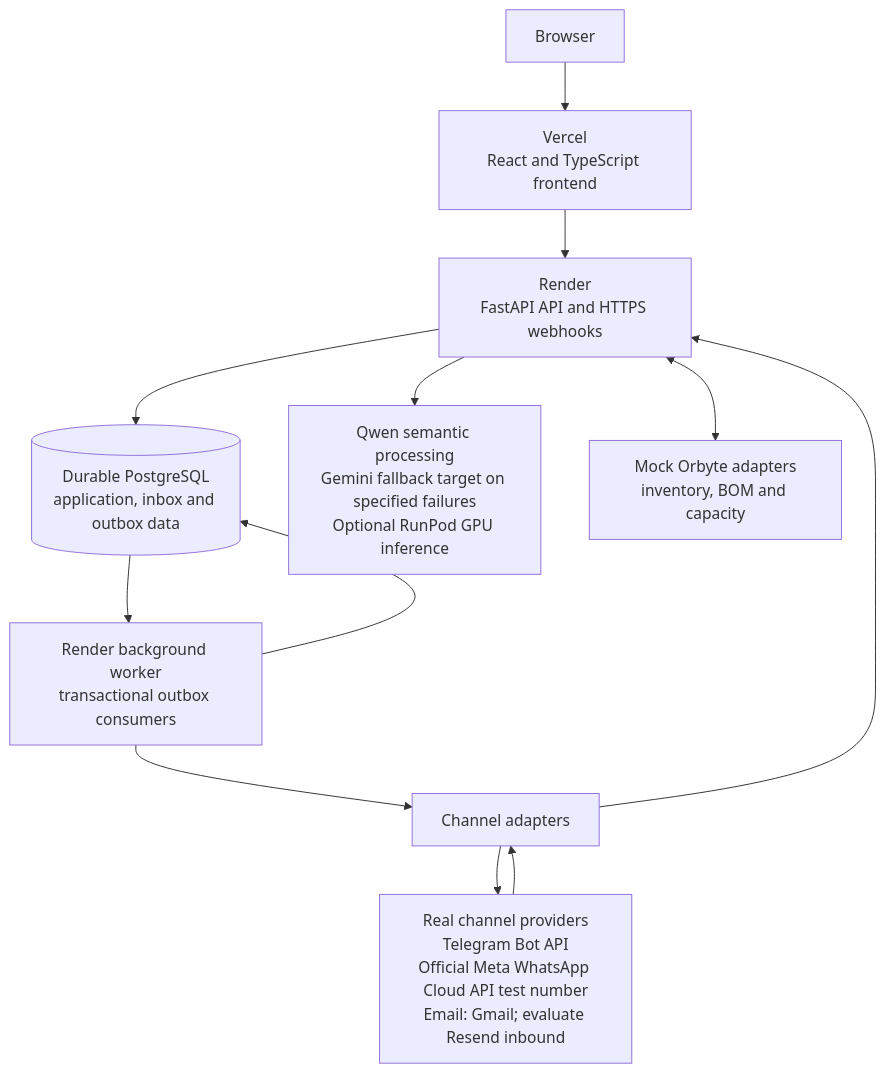
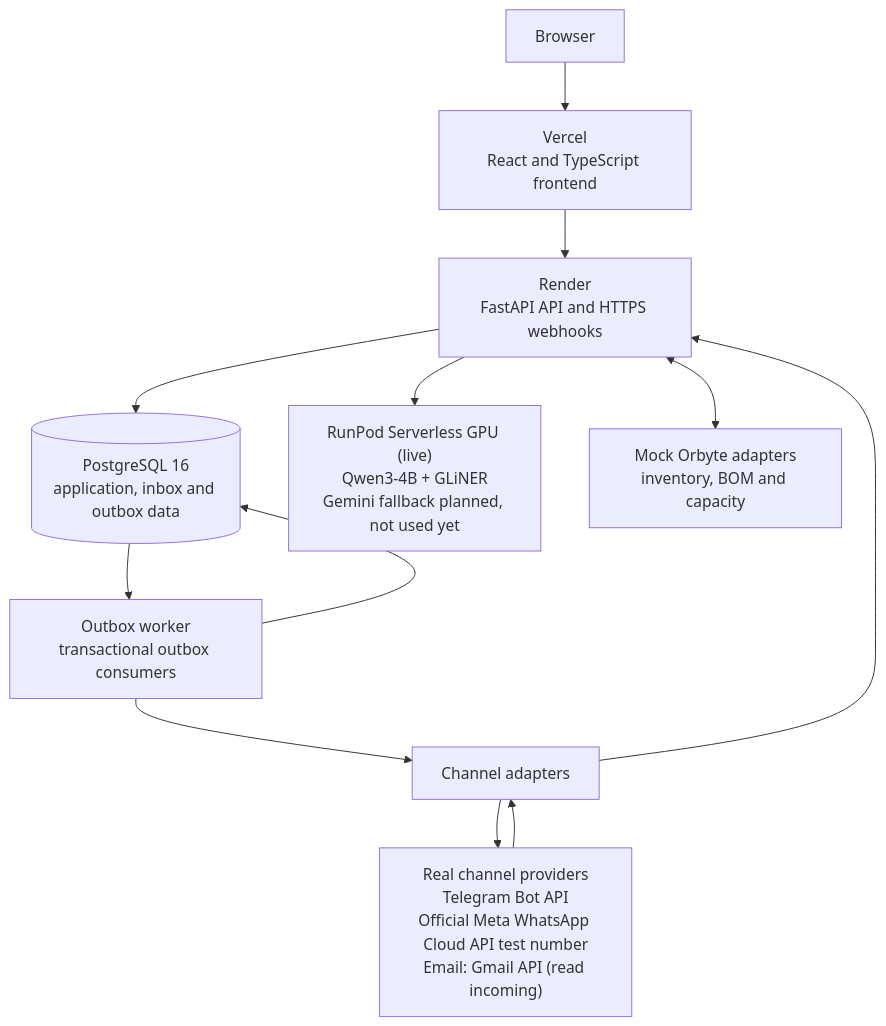
Before and after one commit to jiahui-1101/MouManTAI: the eighth of 8 diagrams in README.md, drawn with Mermaid. The commit also changed other lines of this file, not shown here.

````diff
--- a/README.md
+++ b/README.md
@@ -933,16 +1020,16 @@
 ```mermaid
 flowchart TB
     B["Browser"] --> V["Vercel<br/>React and TypeScript frontend"]
     V --> API["Render<br/>FastAPI API and HTTPS webhooks"]
-    API --> DB[("Durable PostgreSQL<br/>application, inbox and outbox data")]
-    DB --> WORK["Render background worker<br/>transactional outbox consumers"]
+    API --> DB[("PostgreSQL 16<br/>application, inbox and outbox data")]
+    DB --> WORK["Outbox worker<br/>transactional outbox consumers"]
     WORK --> DB
 
-    CHANNELS["Real channel providers<br/>Telegram Bot API<br/>Official Meta WhatsApp Cloud API test number<br/>Email: Gmail; evaluate Resend inbound"] --> CH["Channel adapters"]
+    CHANNELS["Real channel providers<br/>Telegram Bot API<br/>Official Meta WhatsApp Cloud API test number<br/>Email: Gmail API (read incoming)"] --> CH["Channel adapters"]
     CH --> CHANNELS
     CH --> API
     WORK --> CH
 
-    API --> AI["Qwen semantic processing<br/>Gemini fallback target on specified failures<br/>Optional RunPod GPU inference"]
+    API --> AI["RunPod Serverless GPU (live)<br/>Qwen3-4B + GLiNER<br/>Gemini fallback planned, not used yet"]
     API <--> ORB["Mock Orbyte adapters<br/>inventory, BOM and capacity"]
 ```
````
